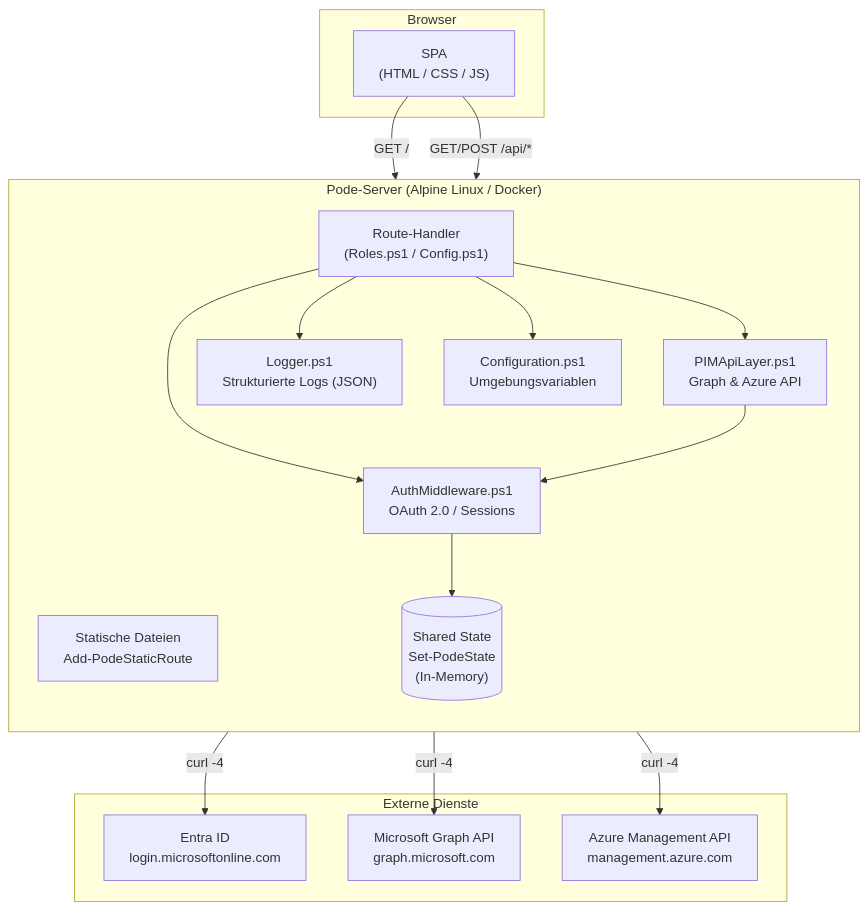
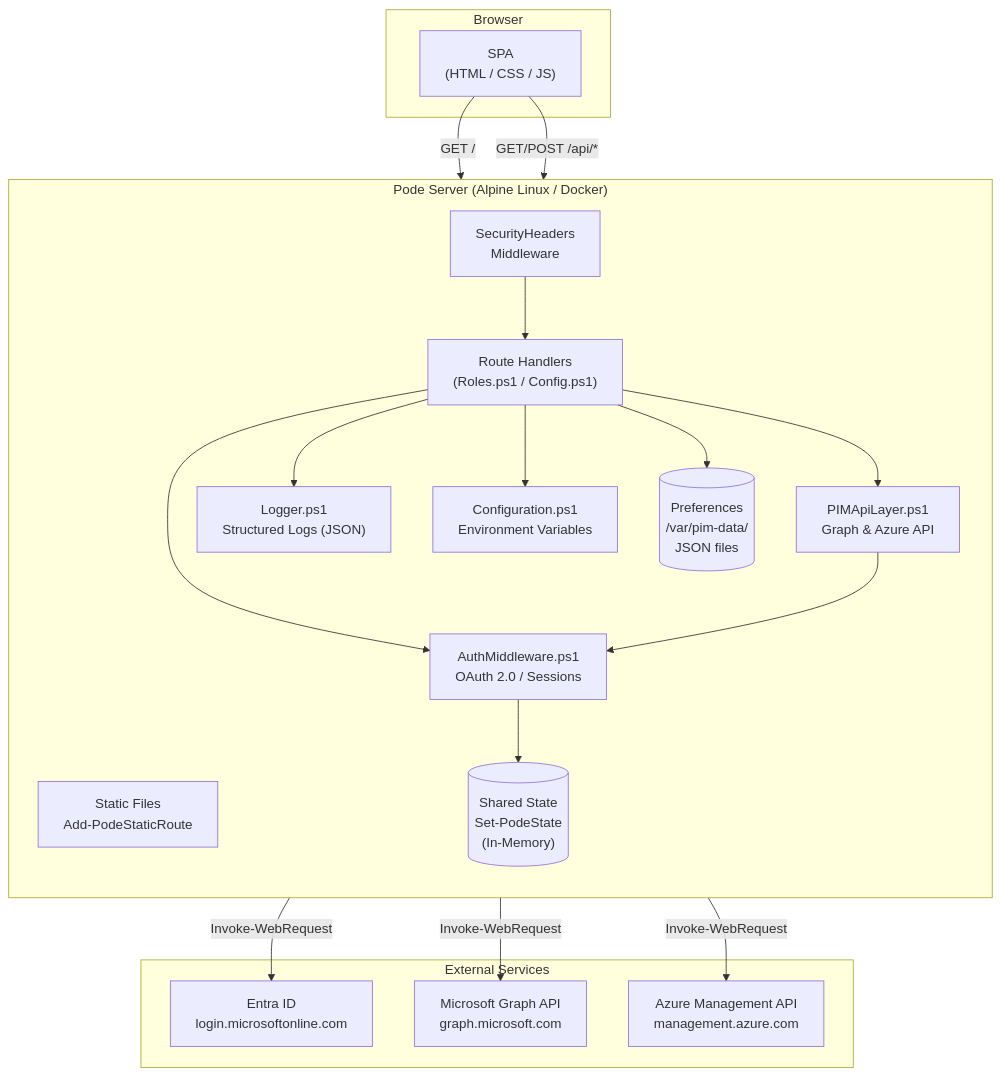
Before and after one commit to l-gosling/PIMActivation-Web: the first of 5 diagrams in architecture.md, drawn with Mermaid. The commit also changed other lines of this file and 4 other files, not shown here.

````diff
--- a/architecture.md
+++ b/architecture.md
@@ -21,35 +21,38 @@
 ```mermaid
 graph TB
     subgraph Browser
         SPA["SPA<br/>(HTML / CSS / JS)"]
     end
 
-    subgraph "Pode-Server (Alpine Linux / Docker)"
+    subgraph "Pode Server (Alpine Linux / Docker)"
         direction TB
-        Static["Statische Dateien<br/>Add-PodeStaticRoute"]
-        Routes["Route-Handler<br/>(Roles.ps1 / Config.ps1)"]
+        Static["Static Files<br/>Add-PodeStaticRoute"]
+        MW["SecurityHeaders<br/>Middleware"]
+        Routes["Route Handlers<br/>(Roles.ps1 / Config.ps1)"]
         Auth["AuthMiddleware.ps1<br/>OAuth 2.0 / Sessions"]
         API["PIMApiLayer.ps1<br/>Graph & Azure API"]
-        Logger["Logger.ps1<br/>Strukturierte Logs (JSON)"]
-        Config["Configuration.ps1<br/>Umgebungsvariablen"]
+        Logger["Logger.ps1<br/>Structured Logs (JSON)"]
+        Config["Configuration.ps1<br/>Environment Variables"]
         State[("Shared State<br/>Set-PodeState<br/>(In-Memory)")]
+        Prefs[("Preferences<br/>/var/pim-data/<br/>JSON files")]
     end
 
-    subgraph "Externe Dienste"
+    subgraph "External Services"
         Entra["Entra ID<br/>login.microsoftonline.com"]
         Graph["Microsoft Graph API<br/>graph.microsoft.com"]
         Azure["Azure Management API<br/>management.azure.com"]
     end
 
     SPA -->|"GET /"| Static
-    SPA -->|"GET/POST /api/*"| Routes
+    SPA -->|"GET/POST /api/*"| MW --> Routes
     Routes --> Auth
     Routes --> API
     Auth --> State
-    Auth -->|"curl -4"| Entra
-    API -->|"curl -4"| Graph
-    API -->|"curl -4"| Azure
+    Auth -->|"Invoke-WebRequest"| Entra
+    API -->|"Invoke-WebRequest"| Graph
+    API -->|"Invoke-WebRequest"| Azure
     Routes --> Logger
     Routes --> Config
+    Routes --> Prefs
     API --> Auth
 ```
````
